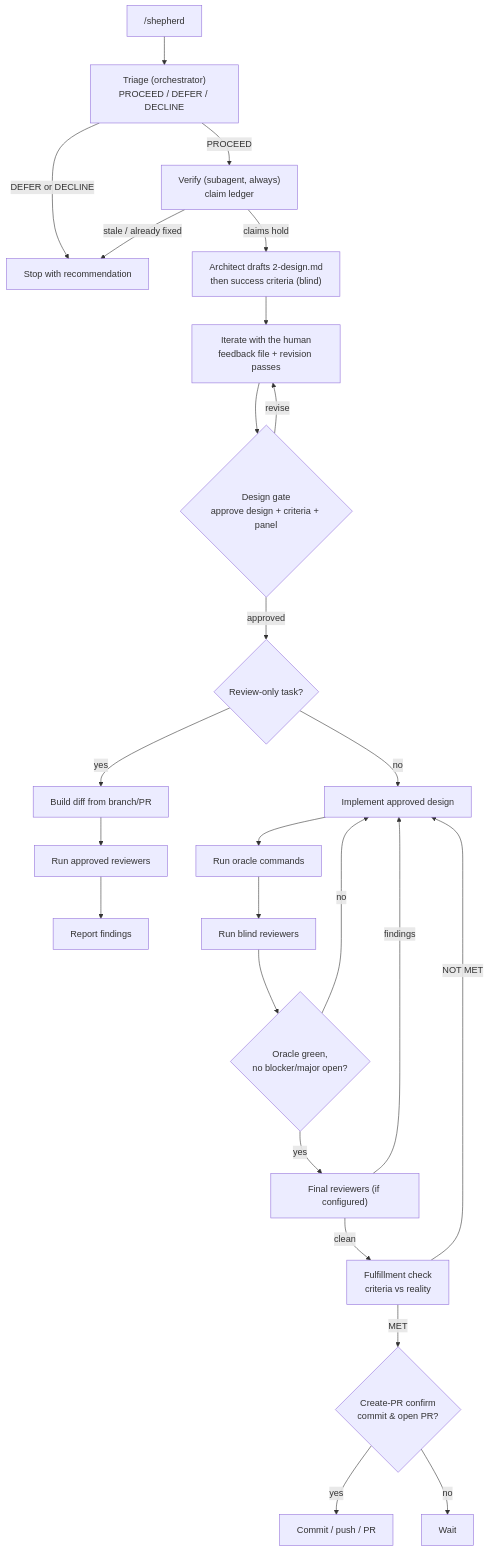
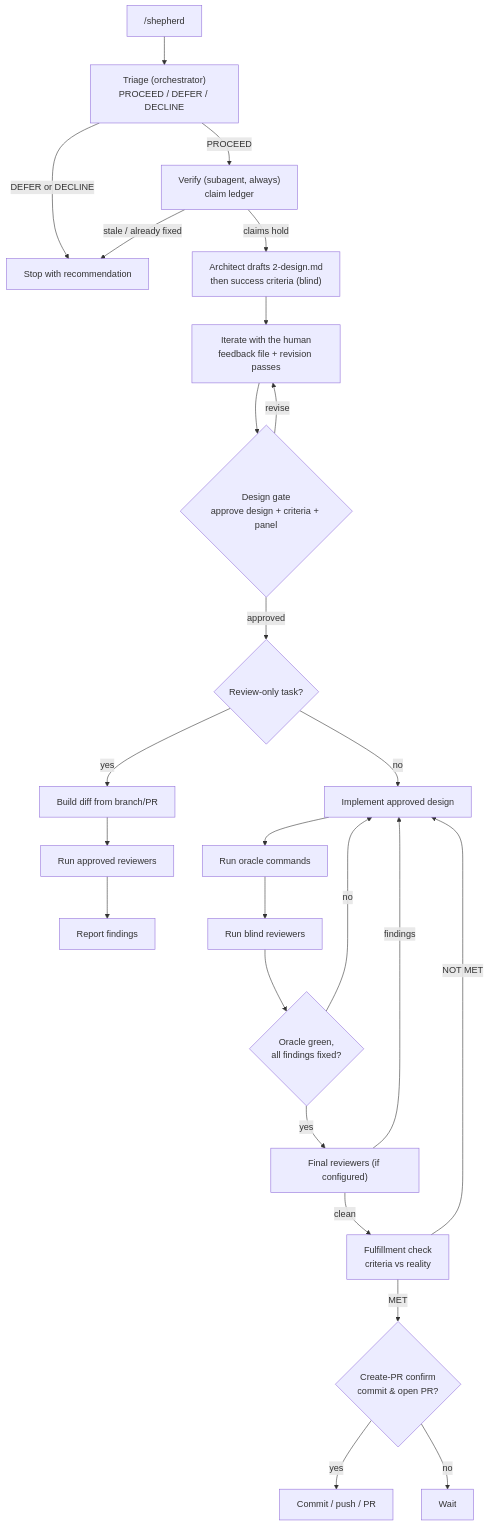
One commit to apify/shepherd changed the diagram in README.md. Above: the diagram before and after it, drawn with Mermaid. The commit also changed other lines of this file and 3 other files, not shown here.

````diff
--- a/README.md
+++ b/README.md
@@ -43,27 +43,27 @@
 ```mermaid
 flowchart TD
     Start["/shepherd <task>"] --> Triage["Triage (orchestrator)<br/>PROCEED / DEFER / DECLINE"]
     Triage -->|PROCEED| Verify["Verify (subagent, always)<br/>claim ledger"]
     Triage -->|DEFER or DECLINE| Stop["Stop with recommendation"]
     Verify -->|claims hold| Draft["Architect drafts 2-design.md<br/>then success criteria (blind)"]
     Verify -->|stale / already fixed| Stop
     Draft --> Iterate["Iterate with the human<br/>feedback file + revision passes"]
     Iterate --> Gate{"Design gate<br/>approve design + criteria + panel"}
     Gate -->|approved| ReviewOnly{"Review-only task?"}
     Gate -->|revise| Iterate
     ReviewOnly -->|yes| ExistingDiff["Build diff from branch/PR"]
     ExistingDiff --> ReviewPanel["Run approved reviewers"]
     ReviewPanel --> Findings["Report findings"]
     ReviewOnly -->|no| Implement["Implement approved design"]
     Implement --> Oracle["Run oracle commands"]
     Oracle --> Reviewers["Run blind reviewers"]
-    Reviewers --> Clean{"Oracle green,<br/>no blocker/major open?"}
+    Reviewers --> Clean{"Oracle green,<br/>all findings fixed?"}
     Clean -->|no| Implement
     Clean -->|yes| FinalReview["Final reviewers (if configured)"]
     FinalReview -->|findings| Implement
     FinalReview -->|clean| Fulfillment["Fulfillment check<br/>criteria vs reality"]
     Fulfillment -->|NOT MET| Implement
     Fulfillment -->|MET| CreatePrConfirm{"Create-PR confirm<br/>commit & open PR?"}
     CreatePrConfirm -->|yes| Finish["Commit / push / PR"]
     CreatePrConfirm -->|no| Hold["Wait"]
 ```
````
